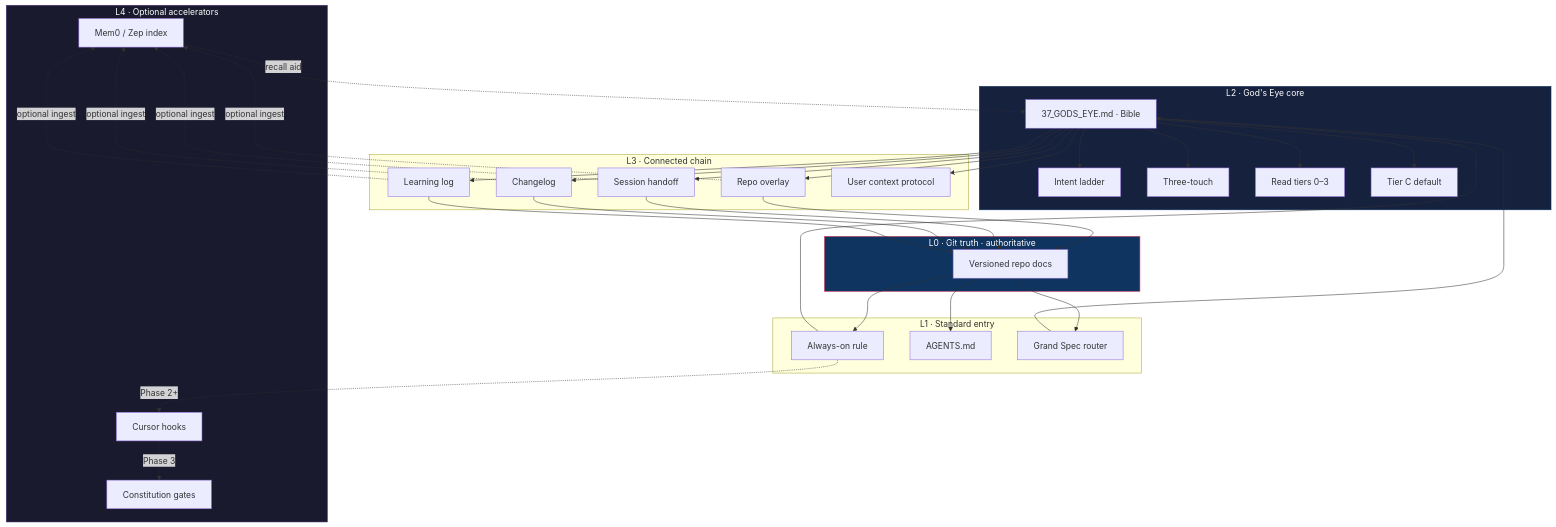
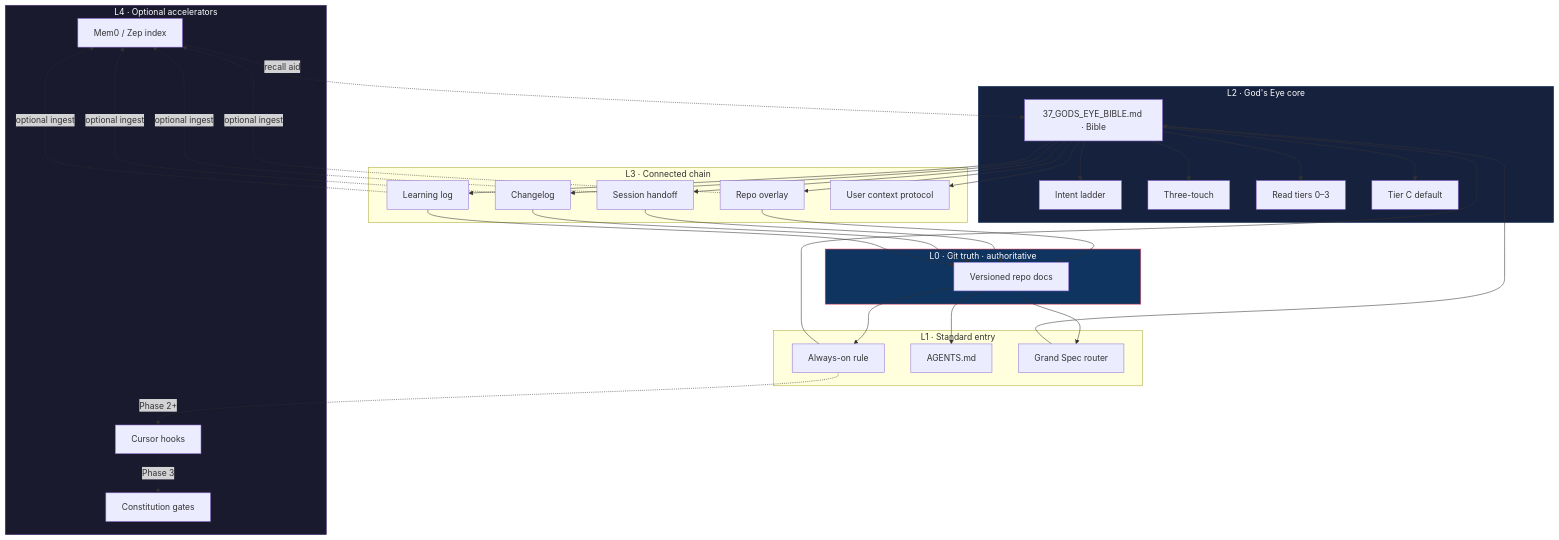
Before and after one commit to brennin0820/nightraven: the first of 2 diagrams in docs/GODS_EYE_UNIFIED_STACK.md, drawn with Mermaid. The commit also changed other lines of this file and 62 other files, not shown here.

````diff
--- a/docs/GODS_EYE_UNIFIED_STACK.md
+++ b/docs/GODS_EYE_UNIFIED_STACK.md
@@ -386,48 +386,48 @@
 ```mermaid
 flowchart TB
     subgraph L4["L4 · Optional accelerators"]
         MEM["Mem0 / Zep index"]
         HK["Cursor hooks"]
         GT["Constitution gates"]
     end
 
     subgraph L3["L3 · Connected chain"]
         HO["Session handoff"]
         CH["Changelog"]
         LL["Learning log"]
         OV["Repo overlay"]
         UC["User context protocol"]
     end
 
     subgraph L2["L2 · God's Eye core"]
-        BB["37_GODS_EYE.md · Bible"]
+        BB["37_GODS_EYE_BIBLE.md · Bible"]
         LAD["Intent ladder"]
         TT["Three-touch"]
         TIER["Read tiers 0–3"]
         TC["Tier C default"]
     end
 
     subgraph L1["L1 · Standard entry"]
         RULE["Always-on rule"]
         AG["AGENTS.md"]
         RT["Grand Spec router"]
     end
 
     subgraph L0["L0 · Git truth · authoritative"]
         GIT["Versioned repo docs"]
     end
 
     GIT --> RULE & AG & RT
     RULE & RT --> BB
     BB --> LAD & TT & TIER & TC
     BB --> OV & HO & CH & LL & UC
     OV & HO & CH & LL --> GIT
     HO & OV & CH & LL -.->|optional ingest| MEM
     RULE -.->|Phase 2+| HK
     HK -.->|Phase 3| GT
     MEM -.->|recall aid| BB
 
     style L0 fill:#0f3460,stroke:#e94560,color:#fff
     style L2 fill:#16213e,stroke:#0f3460,color:#fff
     style L4 fill:#1a1a2e,stroke:#533483,color:#fff
 ```
````
